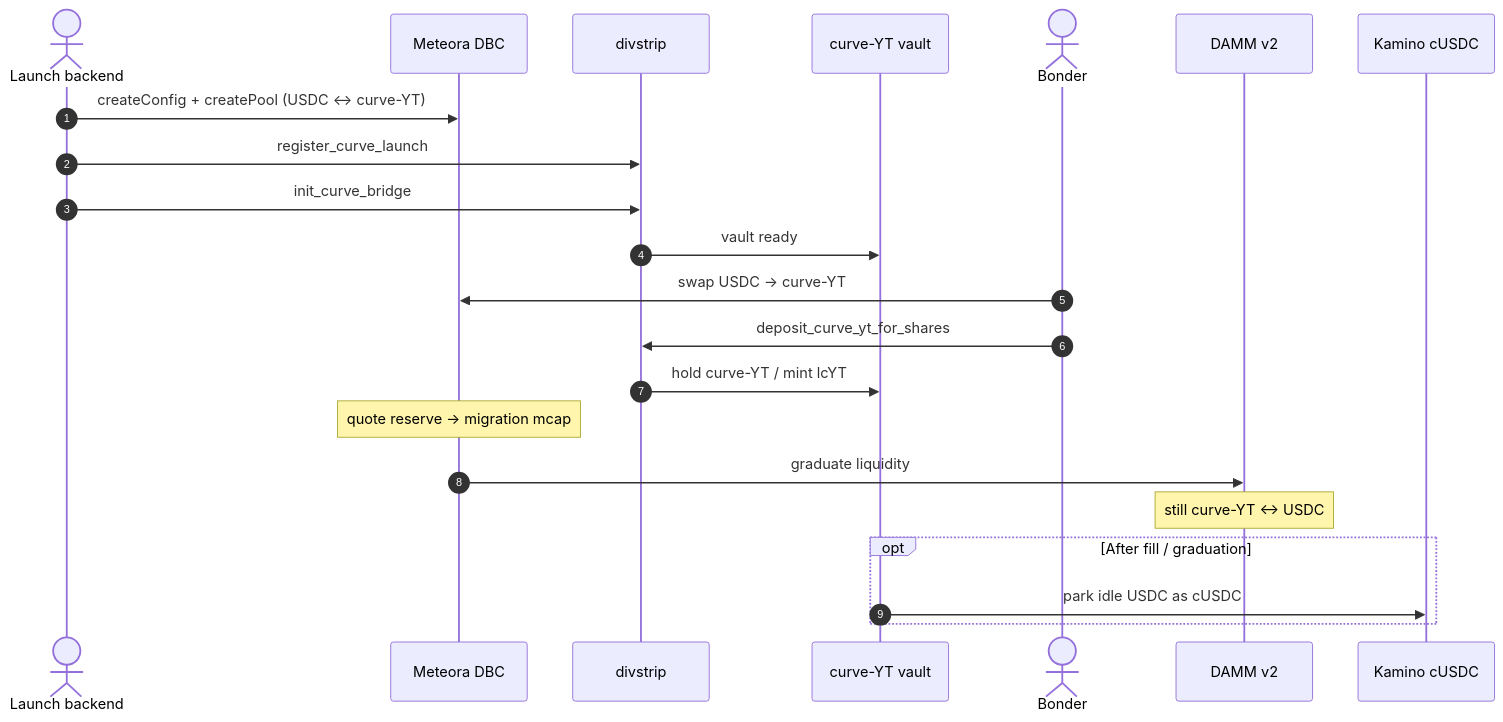
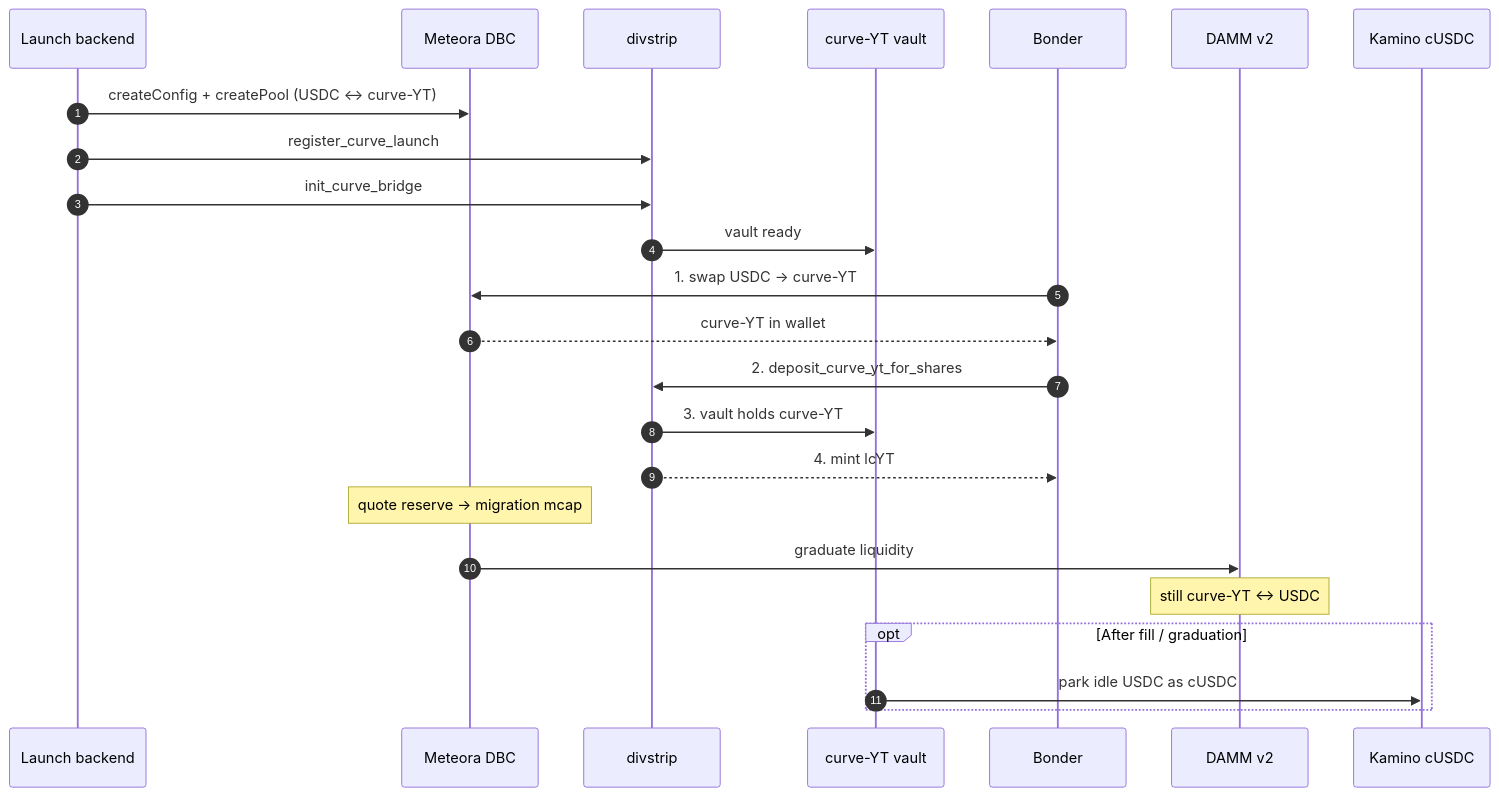
Before and after one commit to SolidityDrone/arancio: the third of 4 diagrams in README.md, drawn with Mermaid. The commit also changed other lines of this file and 16 other files, not shown here.

First line of the commit message:
fix: diagram brand assets, nonce dates for all windows, picker UI

````diff
--- a/README.md
+++ b/README.md
@@ -142,29 +148,31 @@
 ```mermaid
 sequenceDiagram
   autonumber
-  actor Ops as Launch backend
+  participant Ops as Launch backend
   participant Met as Meteora DBC
   participant DS as divstrip
   participant Br as curve-YT vault
-  actor User as Bonder
+  participant User as Bonder
   participant DAMM as DAMM v2
   participant Kam as Kamino cUSDC
 
   Ops->>Met: createConfig + createPool (USDC ↔ curve-YT)
   Ops->>DS: register_curve_launch
   Ops->>DS: init_curve_bridge
   DS->>Br: vault ready
 
-  User->>Met: swap USDC → curve-YT
-  User->>DS: deposit_curve_yt_for_shares
-  DS->>Br: hold curve-YT / mint lcYT
+  User->>Met: 1. swap USDC → curve-YT
+  Met-->>User: curve-YT in wallet
+  User->>DS: 2. deposit_curve_yt_for_shares
+  DS->>Br: 3. vault holds curve-YT
+  DS-->>User: 4. mint lcYT
 
   Note over Met: quote reserve → migration mcap
 
   Met->>DAMM: graduate liquidity
   Note over DAMM: still curve-YT ↔ USDC
 
   opt After fill / graduation
     Br->>Kam: park idle USDC as cUSDC
   end
 ```
````
